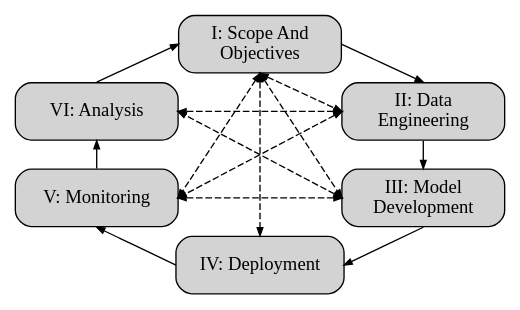
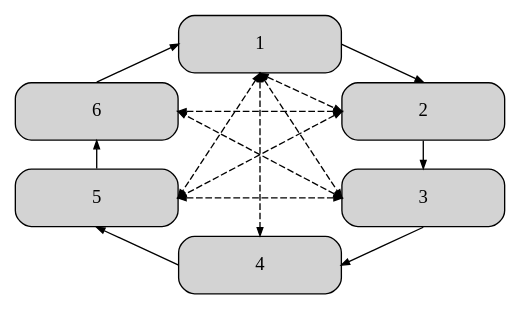
Before and after one commit to aria-ml/dataeval: the first of 7 diagrams in docs/source/concepts/workflows/ML_Lifecycle.md, drawn with Graphviz. The commit also changed other lines of this file and 1 other file, not shown here.

Commit message:
Fix graphviz theming and markdown links

````diff
--- a/docs/source/concepts/workflows/ML_Lifecycle.md
+++ b/docs/source/concepts/workflows/ML_Lifecycle.md
@@ -13,22 +13,22 @@
 ```{graphviz}
    
    digraph flowchart {
       node [shape=box,width=1.7,height=0.6]
       edge [arrowsize=0.6]
       layout="neato"
 
-      1 [label="I: Scope And\nObjectives",style="rounded,filled",pos="1.7,2.5!",xref=":ref:`scope-and-objectives`"]
-      2 [label="II: Data\nEngineering",style="rounded,filled",pos="3.4,1.8!",xref=":ref:`data-engineering`"]
-      3 [label="III: Model\nDevelopment",style="rounded,filled",pos="3.4,0.9!",xref=":ref:`model-development`"]
-      4 [label="IV: Deployment",style="rounded,filled",pos="1.7,0.2!",xref=":ref:`deployment`"]
-      5 [label="V: Monitoring",style="rounded,filled",pos="0.0,0.9!",xref=":ref:`monitoring`"]
-      6 [label="VI: Analysis",style="rounded,filled",pos="0.0,1.8!",xref=":ref:`analysis`"]
+      1 [xref="{ref}`Scope And Objectives <scope-and-objectives>`",style="rounded,filled",pos="1.7,2.5!"]
+      2 [xref="{ref}`Data Engineering <data-engineering>`",style="rounded,filled",pos="3.4,1.8!"]
+      3 [xref="{ref}`Model Development<model-development>`",style="rounded,filled",pos="3.4,0.9!"]
+      4 [xref="{ref}`Deployment <deployment>`",style="rounded,filled",pos="1.7,0.2!"]
+      5 [xref="{ref}`Monitoring <monitoring>`",style="rounded,filled",pos="0.0,0.9!"]
+      6 [xref="{ref}`Analysis <analysis>`",style="rounded,filled",pos="0.0,1.8!"]
       
       1:e->2:n; 2:s->3:n; 3:s->4:e; 4:w->5:s; 5:n->6:s; 6:n->1:w
 
       1:s->3:w [dir=both,style=dashed]; 1:s->4:n [dir=both,style=dashed]
       1:s->5:e [dir=both,style=dashed]; 1:s->2:w [dir=both,style=dashed]
       2:w->5:e [dir=both,style=dashed]; 2:w->6:e [dir=both,style=dashed]
       3:w->5:e [dir=both,style=dashed]; 3:w->6:e [dir=both,style=dashed]
    }
 ```
````
